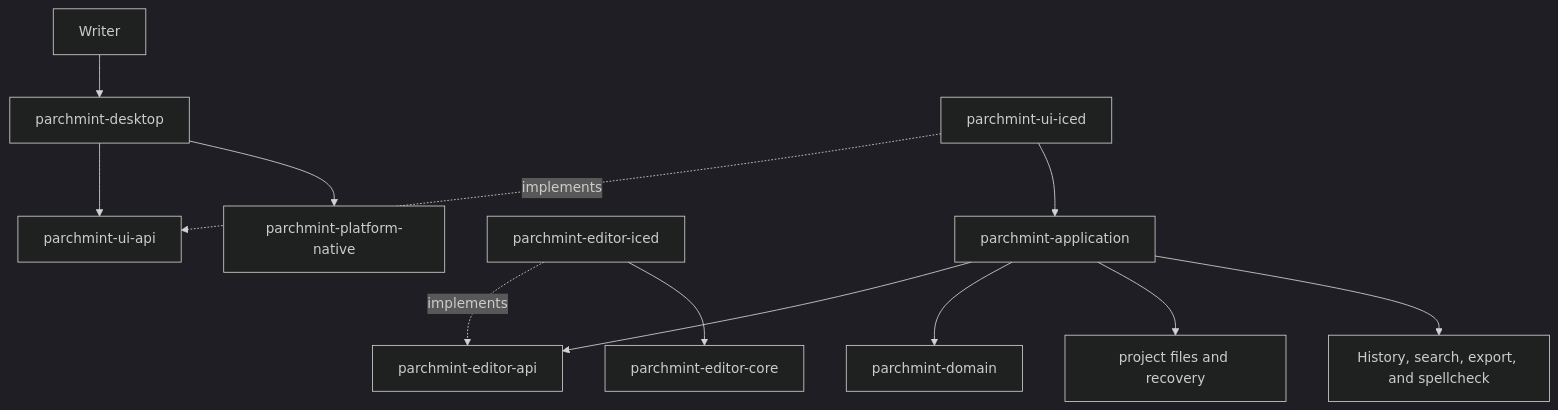
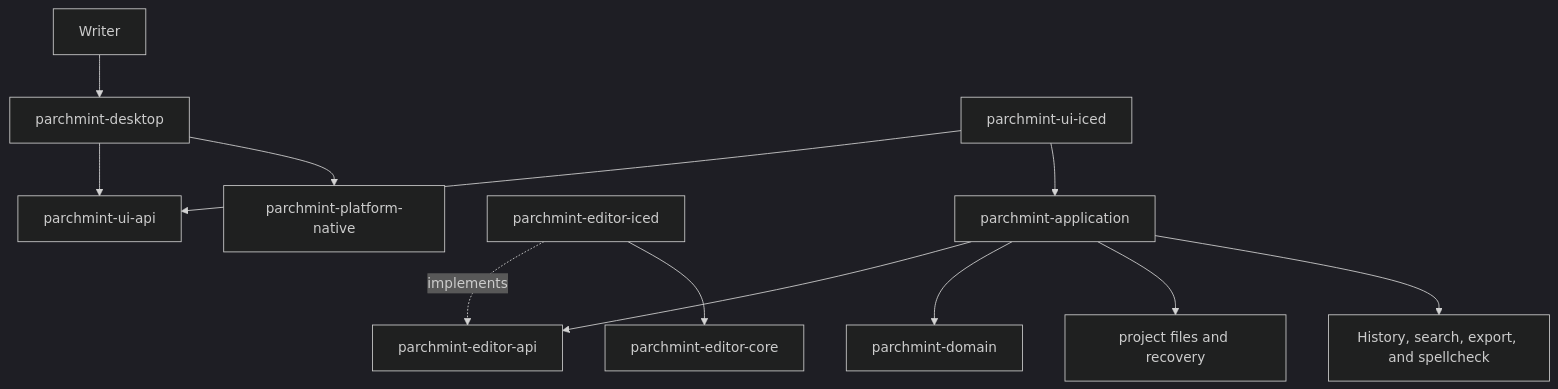
Before and after one commit to pmarathe25/ParchMint: the diagram in docs/architecture/architecture.md, drawn with Mermaid (dark theme). The commit also changed other lines of this file and 162 other files, not shown here.

````diff
--- a/docs/architecture/architecture.md
+++ b/docs/architecture/architecture.md
@@ -13,14 +13,14 @@
 ```mermaid
 flowchart TD
     Writer --> Desktop[parchmint-desktop]
     Desktop --> UiApi[parchmint-ui-api]
-    IcedUi[parchmint-ui-iced] -. implements .-> UiApi
+    IcedUi[parchmint-ui-iced] --> UiApi
     IcedUi --> App[parchmint-application]
     App --> EditorApi[parchmint-editor-api]
     IcedEditor[parchmint-editor-iced] -. implements .-> EditorApi
     IcedEditor --> EditorCore[parchmint-editor-core]
     App --> Domain[parchmint-domain]
     App --> Files[project files and recovery]
     App --> Services[History, search, export, and spellcheck]
     Desktop --> Platform[parchmint-platform-native]
 ```
````
